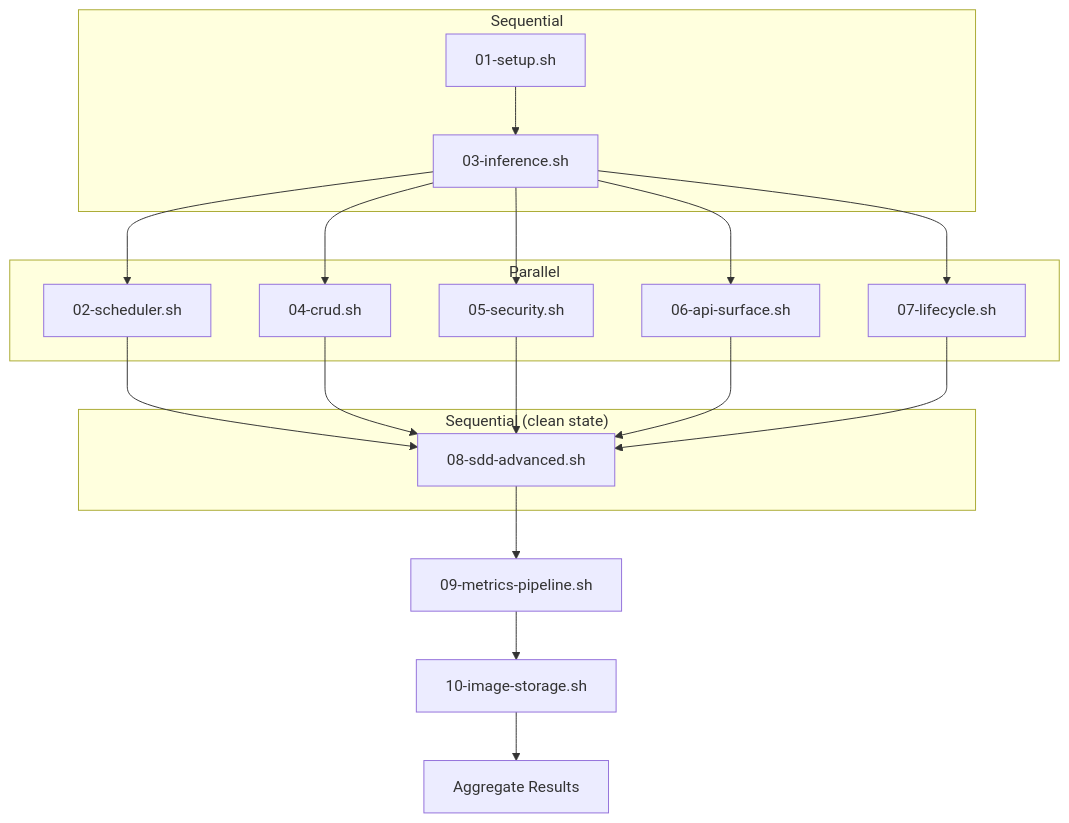
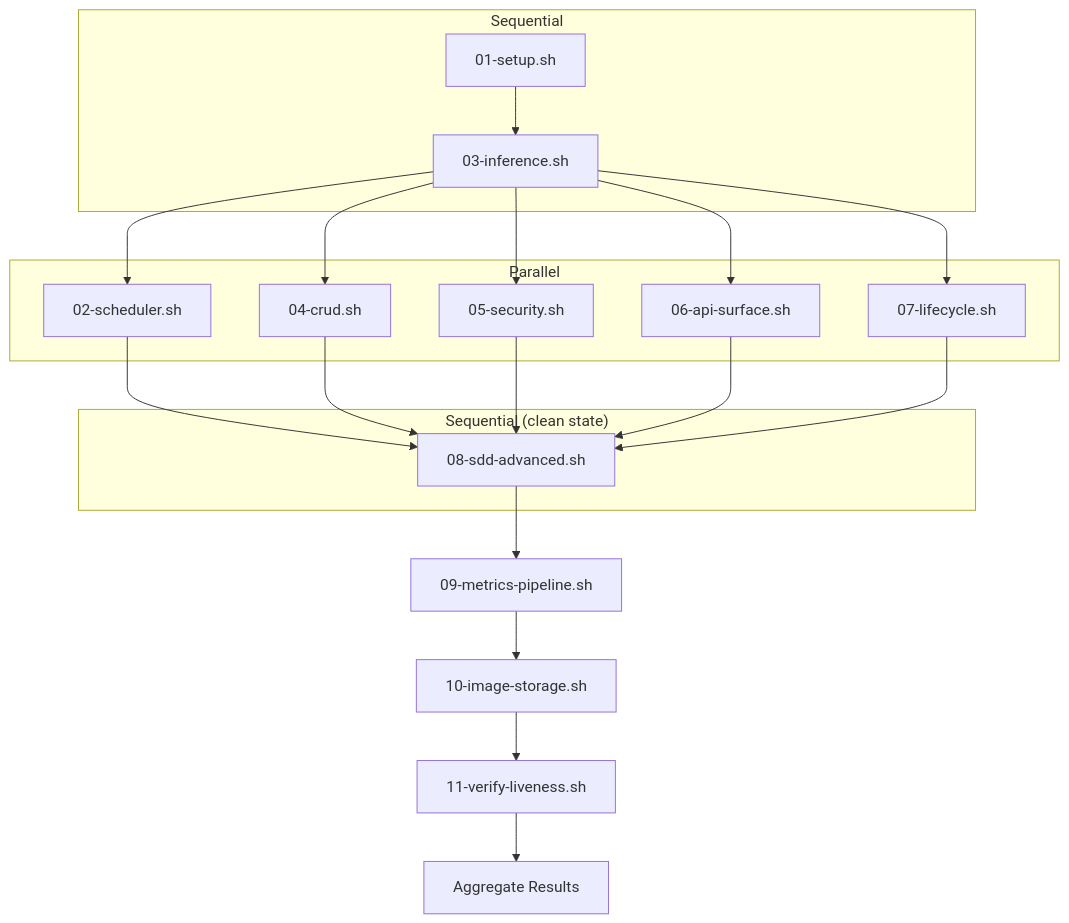
The first of 10 diagrams in scripts/e2e/README.md (beegy-labs/veronex), drawn with Mermaid before and after one commit. The commit also changed other lines of this file and 30 other files, not shown here.

First line of the commit message:
feat(dashboard): network flow active jobs, sliding window stats, nav-progress fix

````diff
--- a/scripts/e2e/README.md
+++ b/scripts/e2e/README.md
@@ -23,26 +23,27 @@
 ```mermaid
 flowchart TD
     subgraph "Sequential"
         S01["01-setup.sh"]
         S03["03-inference.sh"]
         S01 --> S03
     end
 
     subgraph "Parallel"
         P02["02-scheduler.sh"]
         P04["04-crud.sh"]
         P05["05-security.sh"]
         P06["06-api-surface.sh"]
         P07["07-lifecycle.sh"]
     end
 
     subgraph "Sequential (clean state)"
         S08["08-sdd-advanced.sh"]
     end
 
     S03 --> P02 & P04 & P05 & P06 & P07
     P02 & P04 & P05 & P06 & P07 --> S08
     S08 --> S09["09-metrics-pipeline.sh"]
     S09 --> S10["10-image-storage.sh"]
-    S10 --> Result["Aggregate Results"]
+    S10 --> S11["11-verify-liveness.sh"]
+    S11 --> Result["Aggregate Results"]
 ```
````
